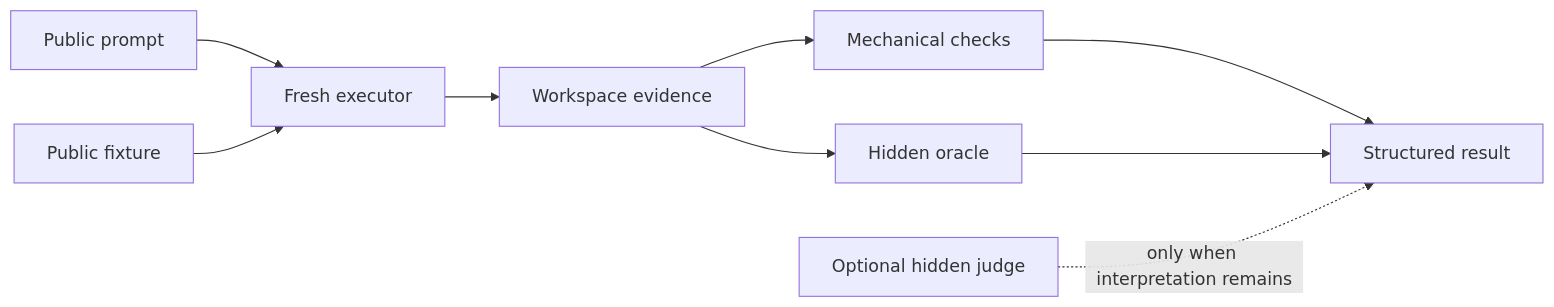
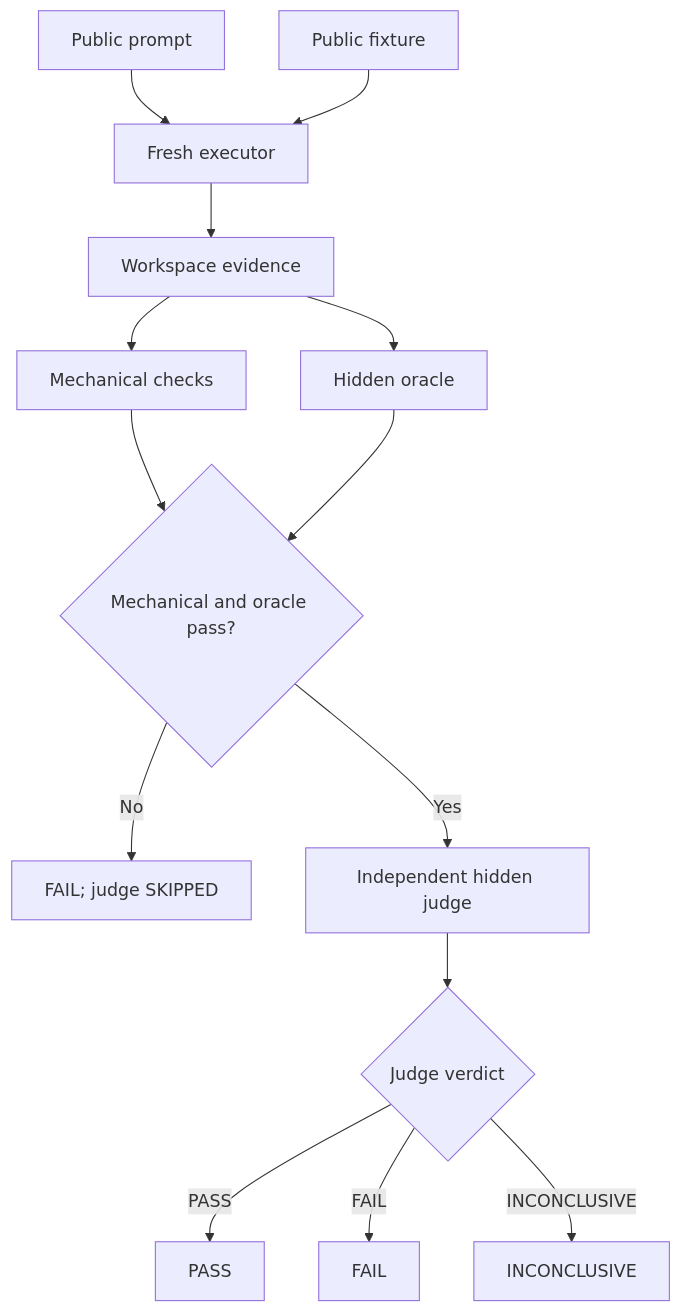
Before and after one commit to renanfranca/codex-skills: the diagram in EVALUATIONS.md, drawn with Mermaid. The commit also changed other lines of this file, not shown here.

Commit message:
docs(refactor-design): explain semantic judge workflow

````diff
--- a/EVALUATIONS.md
+++ b/EVALUATIONS.md
@@ -114,11 +164,16 @@
 ```mermaid
-flowchart LR
+flowchart TD
   P[Public prompt] --> E[Fresh executor]
   F[Public fixture] --> E
   E --> W[Workspace evidence]
   W --> M[Mechanical checks]
   W --> O[Hidden oracle]
-  M --> R[Structured result]
-  O --> R
-  J[Optional hidden judge] -. only when interpretation remains .-> R
+  M --> G{Mechanical and oracle pass?}
+  O --> G
+  G -- No --> S[FAIL; judge SKIPPED]
+  G -- Yes --> J[Independent hidden judge]
+  J --> V{Judge verdict}
+  V -- PASS --> R[PASS]
+  V -- FAIL --> X[FAIL]
+  V -- INCONCLUSIVE --> I[INCONCLUSIVE]
 ```
````
